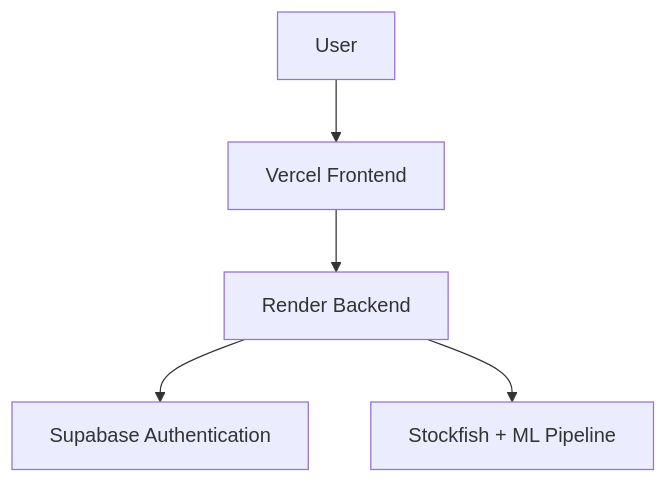
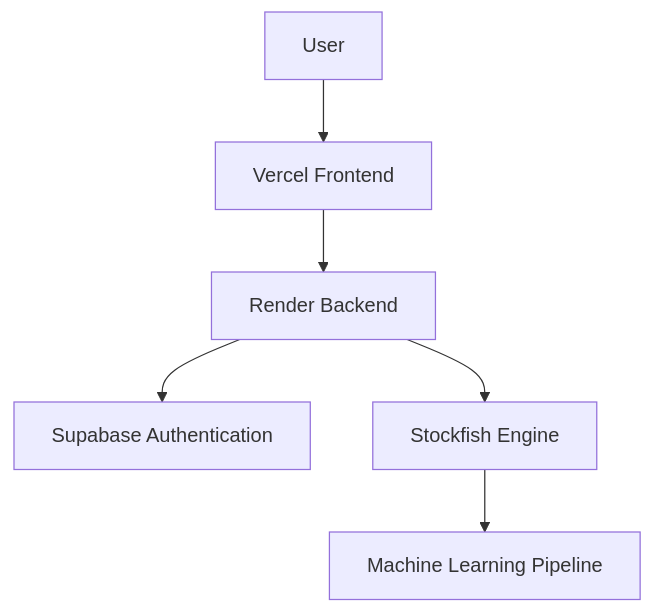
The diagram in README.md (Saransh78/chess-learning-platform), drawn with Mermaid before and after one commit. The commit also changed other lines of this file and 11 other files, not shown here.

````diff
--- a/README.md
+++ b/README.md
@@ -77,13 +74,15 @@
 ```mermaid
 flowchart TD
     User["User"]
     Vercel["Vercel Frontend"]
     Render["Render Backend"]
     Supabase["Supabase Authentication"]
-    Engine["Stockfish + ML Pipeline"]
+    Stockfish["Stockfish Engine"]
+    ML["Machine Learning Pipeline"]
 
     User --> Vercel
     Vercel --> Render
     Render --> Supabase
-    Render --> Engine
+    Render --> Stockfish
+    Stockfish --> ML
 ```
````
